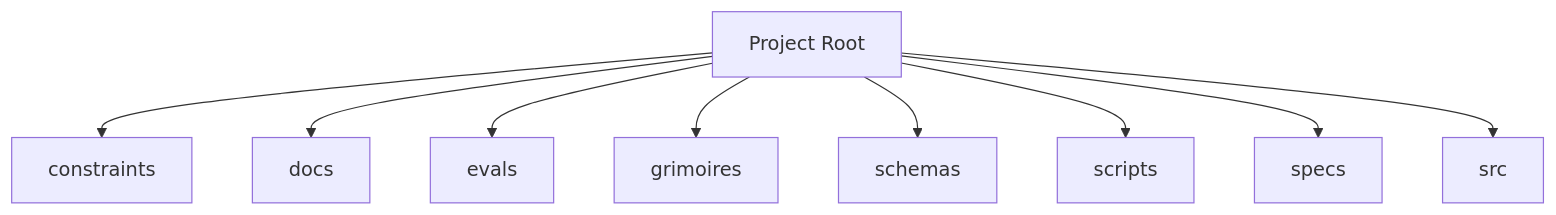
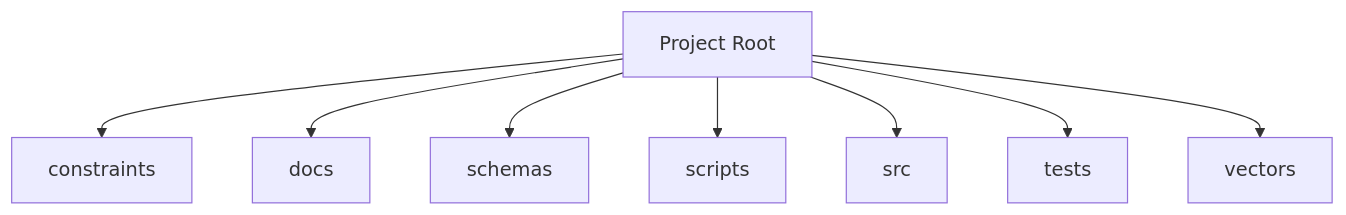
The diagram in BUTTERFREEZONE.md (0xHoneyJar/loa-hounfour), drawn with Mermaid before and after one commit. The commit also changed other lines of this file and 243 other files, not shown here.

````diff
--- a/BUTTERFREEZONE.md
+++ b/BUTTERFREEZONE.md
@@ -55,20 +31,18 @@
 ```mermaid
 graph TD
     constraints[constraints]
     docs[docs]
-    evals[evals]
-    grimoires[grimoires]
     schemas[schemas]
     scripts[scripts]
-    specs[specs]
     src[src]
+    tests[tests]
+    vectors[vectors]
     Root[Project Root]
     Root --> constraints
     Root --> docs
-    Root --> evals
-    Root --> grimoires
     Root --> schemas
     Root --> scripts
-    Root --> specs
     Root --> src
+    Root --> tests
+    Root --> vectors
 ```
````
